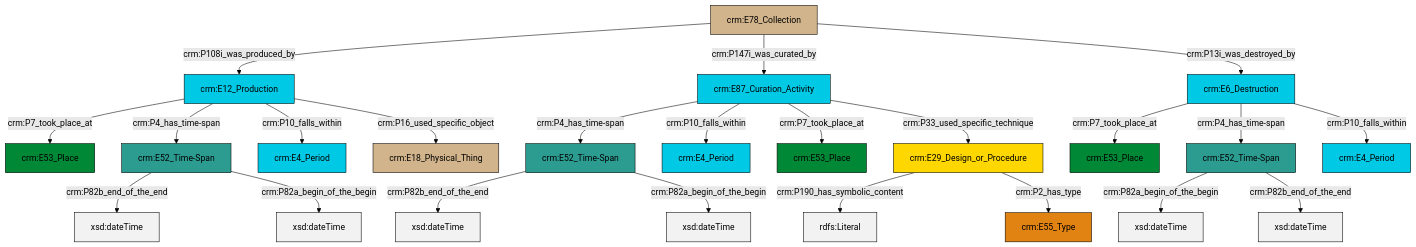
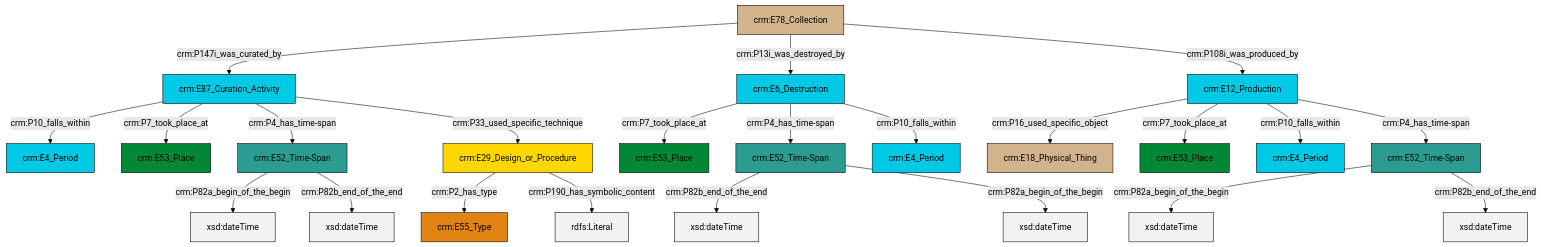
Before and after one commit to swiss-art-research-net/docs.swissartresearch: the diagram in et/archivalCSV/ttl/mmd/archival_existence.ttl.mmd, drawn with Mermaid (forest theme). The commit also changed 176 other files, not shown here.

```diff
--- a/et/archivalCSV/ttl/mmd/archival_existence.ttl.mmd
+++ b/et/archivalCSV/ttl/mmd/archival_existence.ttl.mmd
@@ -1,37 +1,37 @@
 graph TD
 classDef Literal fill:#f2f2f2,stroke:#000000;
 classDef CRM_Entity fill:#FFFFFF,stroke:#000000;
 classDef Temporal_Entity fill:#00C9E6, stroke:#000000;
 classDef Type fill:#E18312, stroke:#000000;
 classDef Time-Span fill:#2C9C91, stroke:#000000;
 classDef Appellation fill:#FFEB7F, stroke:#000000;
 classDef Place fill:#008836, stroke:#000000;
 classDef Persistent_Item fill:#B266B2, stroke:#000000;
 classDef Conceptual_Object fill:#FFD700, stroke:#000000;
 classDef Physical_Thing fill:#D2B48C, stroke:#000000;
 classDef Actor fill:#f58aad, stroke:#000000;
 classDef PC_Classes fill:#4ce600, stroke:#000000;
 classDef Multi fill:#cccccc,stroke:#000000;
 
-0["crm:E52_Time-Span"]:::Time-Span -->|crm:P82a_begin_of_the_begin| 1[xsd:dateTime]:::Literal
-6["crm:E6_Destruction"]:::Temporal_Entity -->|crm:P7_took_place_at| 7["crm:E53_Place"]:::Place
-12["crm:E12_Production"]:::Temporal_Entity -->|crm:P7_took_place_at| 13["crm:E53_Place"]:::Place
-14["crm:E87_Curation_Activity"]:::Temporal_Entity -->|crm:P4_has_time-span| 2["crm:E52_Time-Span"]:::Time-Span
-12["crm:E12_Production"]:::Temporal_Entity -->|crm:P4_has_time-span| 15["crm:E52_Time-Span"]:::Time-Span
-6["crm:E6_Destruction"]:::Temporal_Entity -->|crm:P4_has_time-span| 0["crm:E52_Time-Span"]:::Time-Span
-0["crm:E52_Time-Span"]:::Time-Span -->|crm:P82b_end_of_the_end| 16[xsd:dateTime]:::Literal
-14["crm:E87_Curation_Activity"]:::Temporal_Entity -->|crm:P10_falls_within| 8["crm:E4_Period"]:::Temporal_Entity
-14["crm:E87_Curation_Activity"]:::Temporal_Entity -->|crm:P7_took_place_at| 19["crm:E53_Place"]:::Place
-15["crm:E52_Time-Span"]:::Time-Span -->|crm:P82b_end_of_the_end| 21[xsd:dateTime]:::Literal
-17["crm:E78_Collection"]:::Physical_Thing -->|crm:P108i_was_produced_by| 12["crm:E12_Production"]:::Temporal_Entity
-17["crm:E78_Collection"]:::Physical_Thing -->|crm:P147i_was_curated_by| 14["crm:E87_Curation_Activity"]:::Temporal_Entity
-12["crm:E12_Production"]:::Temporal_Entity -->|crm:P10_falls_within| 10["crm:E4_Period"]:::Temporal_Entity
-4["crm:E29_Design_or_Procedure"]:::Conceptual_Object -->|crm:P190_has_symbolic_content| 23[rdfs:Literal]:::Literal
-2["crm:E52_Time-Span"]:::Time-Span -->|crm:P82b_end_of_the_end| 28[xsd:dateTime]:::Literal
-4["crm:E29_Design_or_Procedure"]:::Conceptual_Object -->|crm:P2_has_type| 31["crm:E55_Type"]:::Type
-15["crm:E52_Time-Span"]:::Time-Span -->|crm:P82a_begin_of_the_begin| 32[xsd:dateTime]:::Literal
-17["crm:E78_Collection"]:::Physical_Thing -->|crm:P13i_was_destroyed_by| 6["crm:E6_Destruction"]:::Temporal_Entity
-2["crm:E52_Time-Span"]:::Time-Span -->|crm:P82a_begin_of_the_begin| 36[xsd:dateTime]:::Literal
-14["crm:E87_Curation_Activity"]:::Temporal_Entity -->|crm:P33_used_specific_technique| 4["crm:E29_Design_or_Procedure"]:::Conceptual_Object
-12["crm:E12_Production"]:::Temporal_Entity -->|crm:P16_used_specific_object| 24["crm:E18_Physical_Thing"]:::Physical_Thing
-6["crm:E6_Destruction"]:::Temporal_Entity -->|crm:P10_falls_within| 26["crm:E4_Period"]:::Temporal_Entity
+0["crm:E87_Curation_Activity"]:::Temporal_Entity -->|crm:P10_falls_within| 1["crm:E4_Period"]:::Temporal_Entity
+2["crm:E52_Time-Span"]:::Time-Span -->|crm:P82a_begin_of_the_begin| 3[xsd:dateTime]:::Literal
+4["crm:E12_Production"]:::Temporal_Entity -->|crm:P16_used_specific_object| 5["crm:E18_Physical_Thing"]:::Physical_Thing
+8["crm:E6_Destruction"]:::Temporal_Entity -->|crm:P7_took_place_at| 9["crm:E53_Place"]:::Place
+10["crm:E52_Time-Span"]:::Time-Span -->|crm:P82b_end_of_the_end| 11[xsd:dateTime]:::Literal
+0["crm:E87_Curation_Activity"]:::Temporal_Entity -->|crm:P7_took_place_at| 16["crm:E53_Place"]:::Place
+0["crm:E87_Curation_Activity"]:::Temporal_Entity -->|crm:P4_has_time-span| 6["crm:E52_Time-Span"]:::Time-Span
+4["crm:E12_Production"]:::Temporal_Entity -->|crm:P7_took_place_at| 14["crm:E53_Place"]:::Place
+22["crm:E78_Collection"]:::Physical_Thing -->|crm:P147i_was_curated_by| 0["crm:E87_Curation_Activity"]:::Temporal_Entity
+22["crm:E78_Collection"]:::Physical_Thing -->|crm:P13i_was_destroyed_by| 8["crm:E6_Destruction"]:::Temporal_Entity
+6["crm:E52_Time-Span"]:::Time-Span -->|crm:P82a_begin_of_the_begin| 28[xsd:dateTime]:::Literal
+2["crm:E52_Time-Span"]:::Time-Span -->|crm:P82b_end_of_the_end| 30[xsd:dateTime]:::Literal
+22["crm:E78_Collection"]:::Physical_Thing -->|crm:P108i_was_produced_by| 4["crm:E12_Production"]:::Temporal_Entity
+25["crm:E29_Design_or_Procedure"]:::Conceptual_Object -->|crm:P2_has_type| 19["crm:E55_Type"]:::Type
+4["crm:E12_Production"]:::Temporal_Entity -->|crm:P10_falls_within| 32["crm:E4_Period"]:::Temporal_Entity
+8["crm:E6_Destruction"]:::Temporal_Entity -->|crm:P4_has_time-span| 10["crm:E52_Time-Span"]:::Time-Span
+4["crm:E12_Production"]:::Temporal_Entity -->|crm:P4_has_time-span| 2["crm:E52_Time-Span"]:::Time-Span
+6["crm:E52_Time-Span"]:::Time-Span -->|crm:P82b_end_of_the_end| 35[xsd:dateTime]:::Literal
+0["crm:E87_Curation_Activity"]:::Temporal_Entity -->|crm:P33_used_specific_technique| 25["crm:E29_Design_or_Procedure"]:::Conceptual_Object
+8["crm:E6_Destruction"]:::Temporal_Entity -->|crm:P10_falls_within| 33["crm:E4_Period"]:::Temporal_Entity
+10["crm:E52_Time-Span"]:::Time-Span -->|crm:P82a_begin_of_the_begin| 37[xsd:dateTime]:::Literal
+25["crm:E29_Design_or_Procedure"]:::Conceptual_Object -->|crm:P190_has_symbolic_content| 38[rdfs:Literal]:::Literal
```
